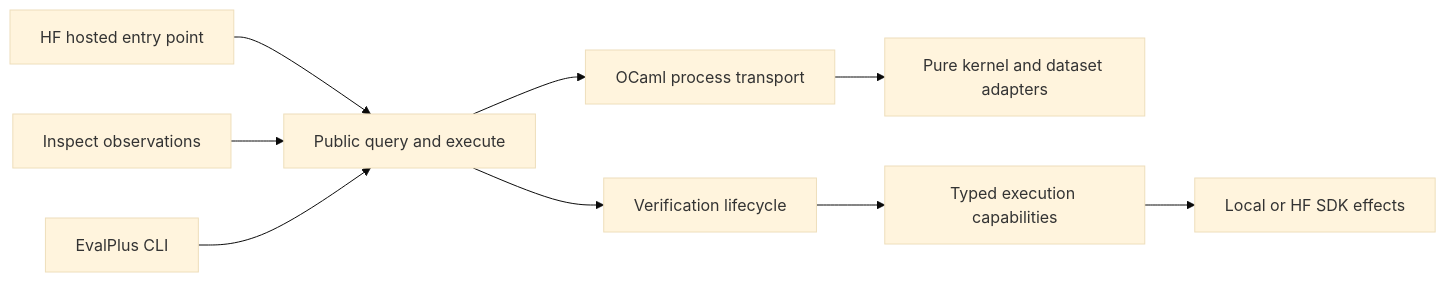
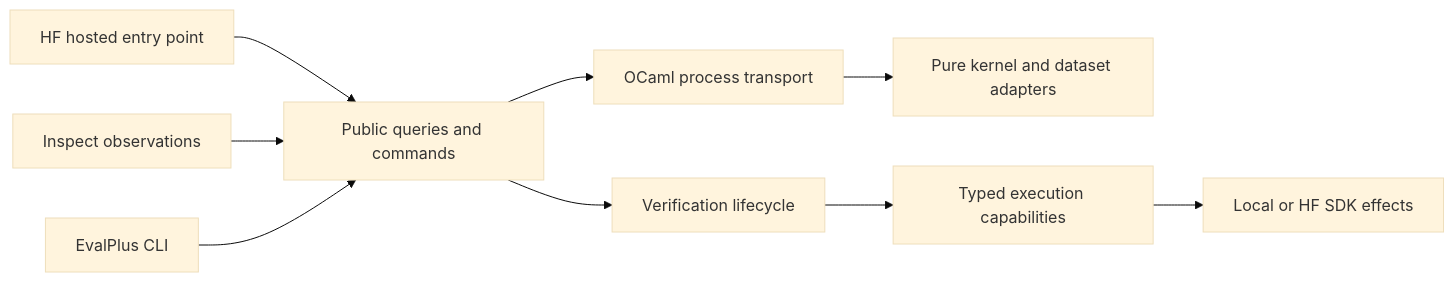
The diagram in evals/README.md (shaquan1228/genius), drawn with Mermaid (base theme) before and after one commit. The commit also changed other lines of this file and 24 other files, not shown here.

Commit message:
refactor(evals): call queries and commands directly

````diff
--- a/evals/README.md
+++ b/evals/README.md
@@ -13,11 +13,11 @@
 ```mermaid
 flowchart LR
-  J[HF hosted entry point] --> C[Public query and execute]
+  J[HF hosted entry point] --> C[Public queries and commands]
   I[Inspect observations] --> C
   E[EvalPlus CLI] --> C
   C --> T[OCaml process transport]
   T --> K[Pure kernel and dataset adapters]
   C --> V[Verification lifecycle]
   V --> P[Typed execution capabilities]
   P --> A[Local or HF SDK effects]
 ```
````
